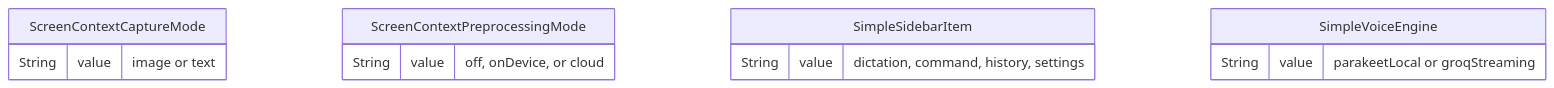
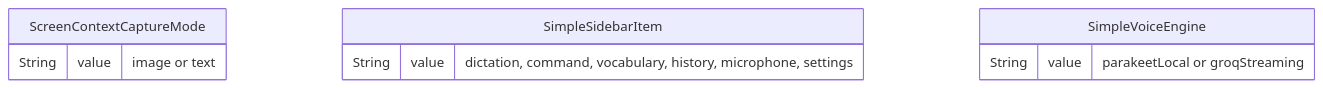
One commit to dkapo88/WonderWhisper-macOS changed the sixth of 10 diagrams in datamodel.md. Above: the diagram before and after it, drawn with Mermaid. The commit also changed other lines of this file and 13 other files, not shown here.

First line of the commit message:
feat(ui): add Vocabulary and Microphone sidebar tabs and update data model

````diff
--- a/datamodel.md
+++ b/datamodel.md
@@ -224,18 +223,14 @@
 ```mermaid
 erDiagram
     ScreenContextCaptureMode {
         String value "image or text"
     }
     
-    ScreenContextPreprocessingMode {
-        String value "off, onDevice, or cloud"
-    }
-    
     SimpleSidebarItem {
-        String value "dictation, command, history, settings"
+        String value "dictation, command, vocabulary, history, microphone, settings"
     }
     
     SimpleVoiceEngine {
         String value "parakeetLocal or groqStreaming"
     }
 ```
````
